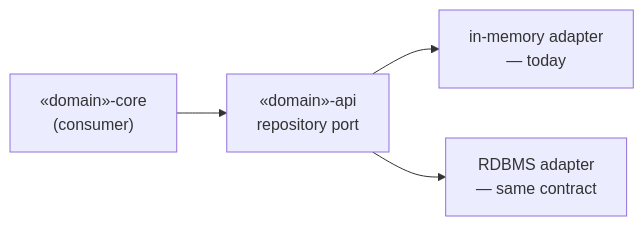
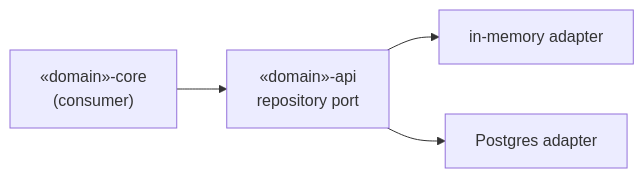
One commit to pway99/naturalist changed the second of 3 diagrams in README.md. Above: the diagram before and after it, drawn with Mermaid. The commit also changed other lines of this file, not shown here.

````diff
--- a/README.md
+++ b/README.md
@@ -171,6 +157,6 @@
 ```mermaid
 graph LR
     core["«domain»-core<br/>(consumer)"] --> port["«domain»-api<br/>repository port"]
-    port --> inmem["in-memory adapter<br/>— today"]
-    port --> rdms["RDBMS adapter<br/>— same contract"]
+    port --> inmem["in-memory adapter"]
+    port --> rdbms["Postgres adapter"]
 ```
````
